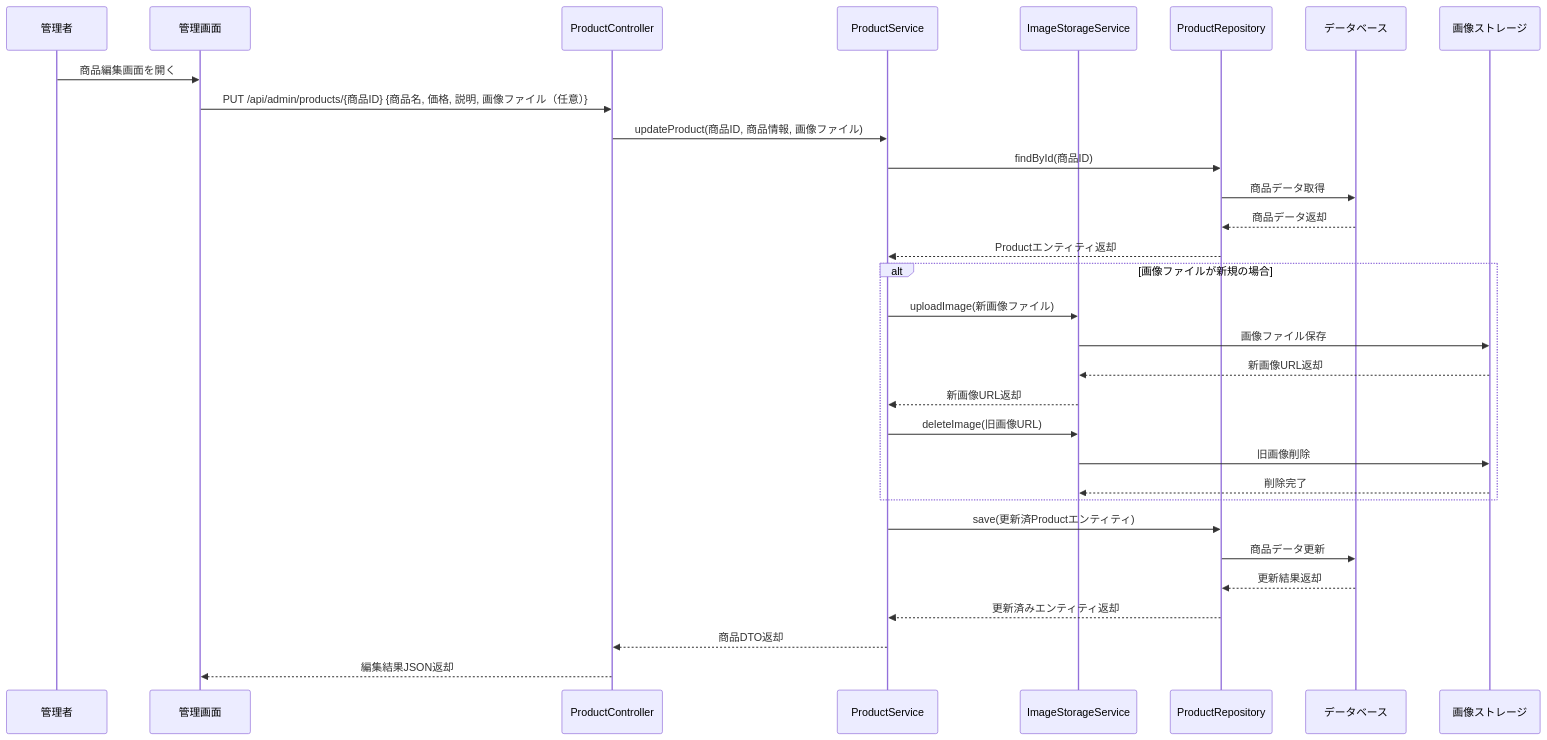
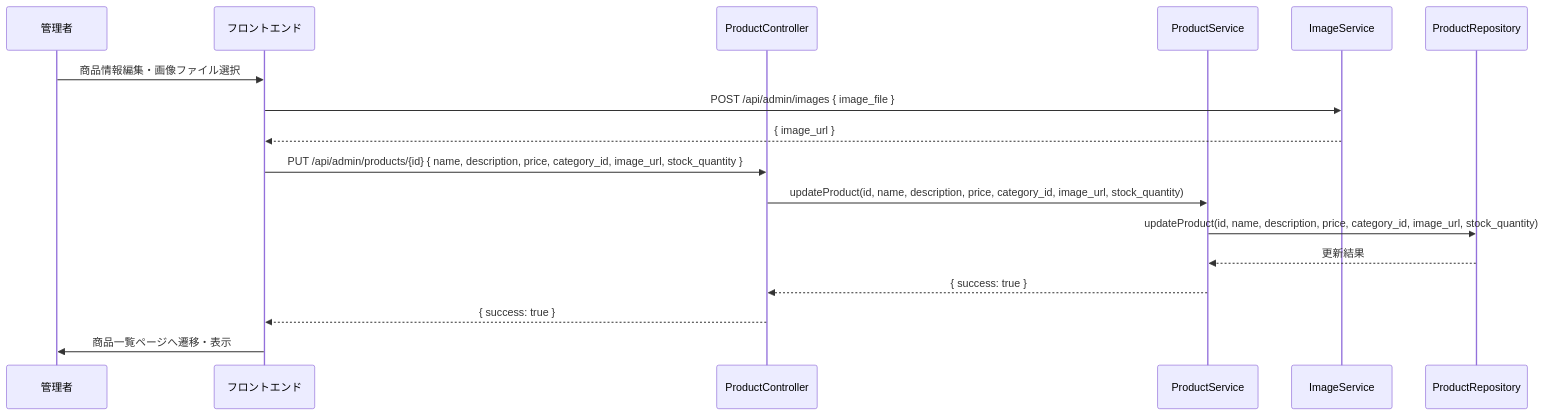
One commit to Aoi-Yaegashi/teamF changed diagram 18 of 39 in 詳細設計/担当B_村田/3.2 機能詳細.md. Above: the diagram before and after it, drawn with Mermaid. The commit also changed other lines of this file and 1 other file, not shown here.

```diff
--- a/詳細設計/担当B_村田/3.2 機能詳細.md
+++ b/詳細設計/担当B_村田/3.2 機能詳細.md
@@ -697,34 +742,38 @@
    <div class="mermaid">
    sequenceDiagram
-    participant AdminUser as 管理者
-    participant AdminBrowser as 管理画面
-    participant ProductController as ProductController
-    participant ProductService as ProductService
-    participant ImageStorageService as ImageStorageService
-    participant ProductRepo as ProductRepository
-    participant DB as データベース
-    participant Storage as 画像ストレージ
+    participant Admin as 管理者
+    participant FE as フロントエンド
+    participant ProdC as ProductController
+    participant ProdS as ProductService
+    participant ImgS as ImageService
+    participant ProdRepo as ProductRepository
 
-    AdminUser->>AdminBrowser: 商品編集画面を開く
-    AdminBrowser->>ProductController: PUT /api/admin/products/{商品ID} {商品名, 価格, 説明, 画像ファイル（任意）}
-    ProductController->>ProductService: updateProduct(商品ID, 商品情報, 画像ファイル)
-    ProductService->>ProductRepo: findById(商品ID)
-    ProductRepo->>DB: 商品データ取得
-    DB-->>ProductRepo: 商品データ返却
-    ProductRepo-->>ProductService: Productエンティティ返却
-    alt 画像ファイルが新規の場合
-        ProductService->>ImageStorageService: uploadImage(新画像ファイル)
-        ImageStorageService->>Storage: 画像ファイル保存
-        Storage-->>ImageStorageService: 新画像URL返却
-        ImageStorageService-->>ProductService: 新画像URL返却
-        ProductService->>ImageStorageService: deleteImage(旧画像URL)
-        ImageStorageService->>Storage: 旧画像削除
-        Storage-->>ImageStorageService: 削除完了
-    end
-    ProductService->>ProductRepo: save(更新済Productエンティティ)
-    ProductRepo->>DB: 商品データ更新
-    DB-->>ProductRepo: 更新結果返却
-    ProductRepo-->>ProductService: 更新済みエンティティ返却
-    ProductService-->>ProductController: 商品DTO返却
-    ProductController-->>AdminBrowser: 編集結果JSON返却
+    %% 1. 管理者が商品編集画面で情報編集・画像選択
+    Admin->>FE: 商品情報編集・画像ファイル選択
+
+    %% 2. フロントエンドが画像ファイルをAPI経由でアップロード（新規画像の場合）
+    FE->>ImgS: POST /api/admin/images { image_file }
+    ImgS-->>FE: { image_url }
+
+    %% 3. フロントエンドが商品編集APIを呼び出し
+    FE->>ProdC: PUT /api/admin/products/{id} { name, description, price, category_id, image_url, stock_quantity }
+
+    %% 4. コントローラがサービスに処理を依頼
+    ProdC->>ProdS: updateProduct(id, name, description, price, category_id, image_url, stock_quantity)
+
+    %% 5. サービスがバリデーション実施（必須・形式・数値・画像URL等）
+    %% （バリデーションエラー時は早期リターン）
+
+    %% 6. サービスが商品データをリポジトリ経由でDB更新
+    ProdS->>ProdRepo: updateProduct(id, name, description, price, category_id, image_url, stock_quantity)
+    ProdRepo-->>ProdS: 更新結果
+
+    %% 7. サービスがコントローラに返却
+    ProdS-->>ProdC: { success: true }
+
+    %% 8. コントローラがフロントエンドに返却
+    ProdC-->>FE: { success: true }
+
+    %% 9. フロントエンドが商品一覧ページへ遷移
+    FE->>Admin: 商品一覧ページへ遷移・表示
 </div>
```
